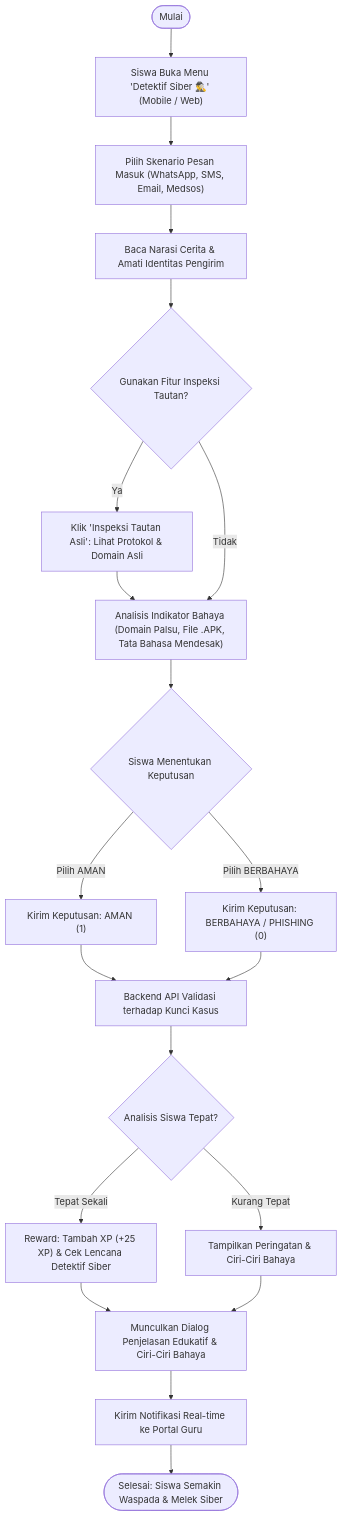
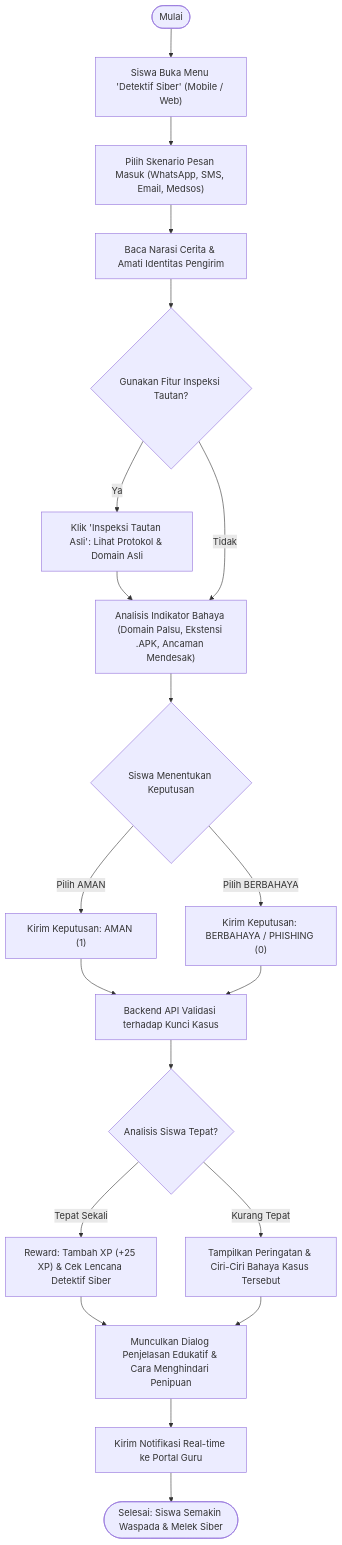
The sixth of 6 diagrams in README.md (dimasalvarizk/Aplikasi-Simulasi), drawn with Mermaid before and after one commit. The commit also changed other lines of this file and 9 other files, not shown here.

Commit message:
feat: perbarui flowchart README, auto-discovery zero-config mobile, dan fitur hapus kuis guru

````diff
--- a/README.md
+++ b/README.md
@@ -155,27 +229,27 @@
 ```mermaid
 flowchart TD
-    Mulai(["Mulai"]) --> BukaTantangan["Siswa Buka Menu 'Detektif Siber 🕵️‍♂️' (Mobile / Web)"]
+    Mulai(["Mulai"]) --> BukaTantangan["Siswa Buka Menu 'Detektif Siber' (Mobile / Web)"]
     BukaTantangan --> PilihKasus["Pilih Skenario Pesan Masuk (WhatsApp, SMS, Email, Medsos)"]
     PilihKasus --> BacaPesan["Baca Narasi Cerita & Amati Identitas Pengirim"]
     
     BacaPesan --> FiturInspeksi{"Gunakan Fitur Inspeksi Tautan?"}
     FiturInspeksi -- "Ya" --> BukaInspeksi["Klik 'Inspeksi Tautan Asli': Lihat Protokol & Domain Asli"] --> AnalisisPesan
-    FiturInspeksi -- "Tidak" --> AnalisisPesan["Analisis Indikator Bahaya (Domain Palsu, File .APK, Tata Bahasa Mendesak)"]
+    FiturInspeksi -- "Tidak" --> AnalisisPesan["Analisis Indikator Bahaya (Domain Palsu, Ekstensi .APK, Ancaman Mendesak)"]
     
     AnalisisPesan --> SiswaPilih{"Siswa Menentukan Keputusan"}
     SiswaPilih -- "Pilih AMAN" --> KirimAman["Kirim Keputusan: AMAN (1)"]
     SiswaPilih -- "Pilih BERBAHAYA" --> KirimBahaya["Kirim Keputusan: BERBAHAYA / PHISHING (0)"]
     
     KirimAman --> EvaluasiAPI["Backend API Validasi terhadap Kunci Kasus"]
     KirimBahaya --> EvaluasiAPI
     
     EvaluasiAPI --> CekHasil{"Analisis Siswa Tepat?"}
     CekHasil -- "Tepat Sekali" --> RewardBenar["Reward: Tambah XP (+25 XP) & Cek Lencana Detektif Siber"]
-    CekHasil -- "Kurang Tepat" --> FeedbackSalah["Tampilkan Peringatan & Ciri-Ciri Bahaya"]
+    CekHasil -- "Kurang Tepat" --> FeedbackSalah["Tampilkan Peringatan & Ciri-Ciri Bahaya Kasus Tersebut"]
     
-    RewardBenar --> PopUpEdu["Munculkan Dialog Penjelasan Edukatif & Ciri-Ciri Bahaya"]
+    RewardBenar --> PopUpEdu["Munculkan Dialog Penjelasan Edukatif & Cara Menghindari Penipuan"]
     FeedbackSalah --> PopUpEdu
     
     PopUpEdu --> NotifGuru["Kirim Notifikasi Real-time ke Portal Guru"]
     NotifGuru --> SelesaiKasus(["Selesai: Siswa Semakin Waspada & Melek Siber"])
 ```
````
